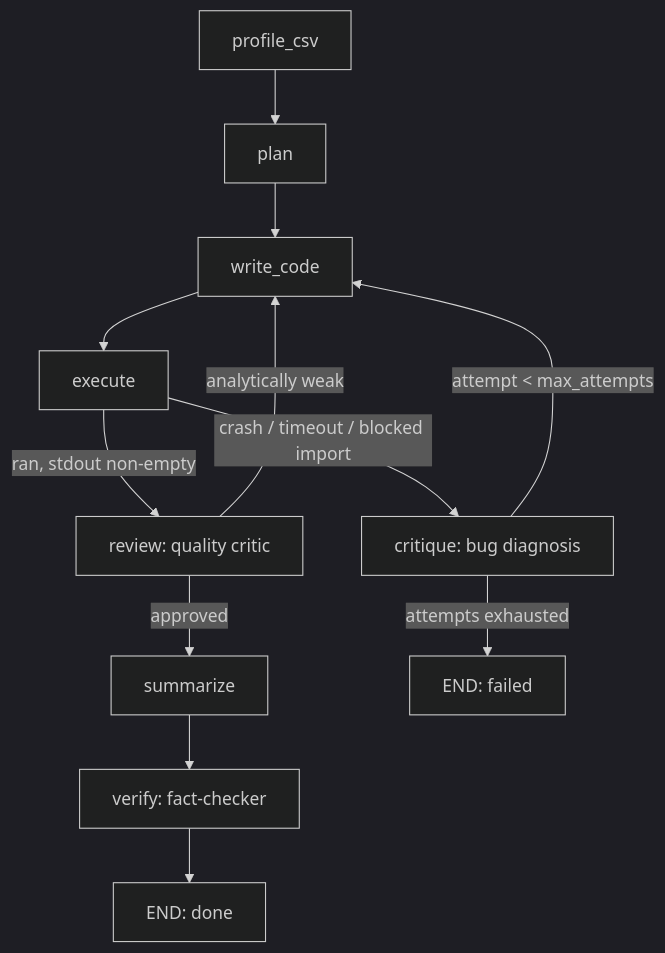
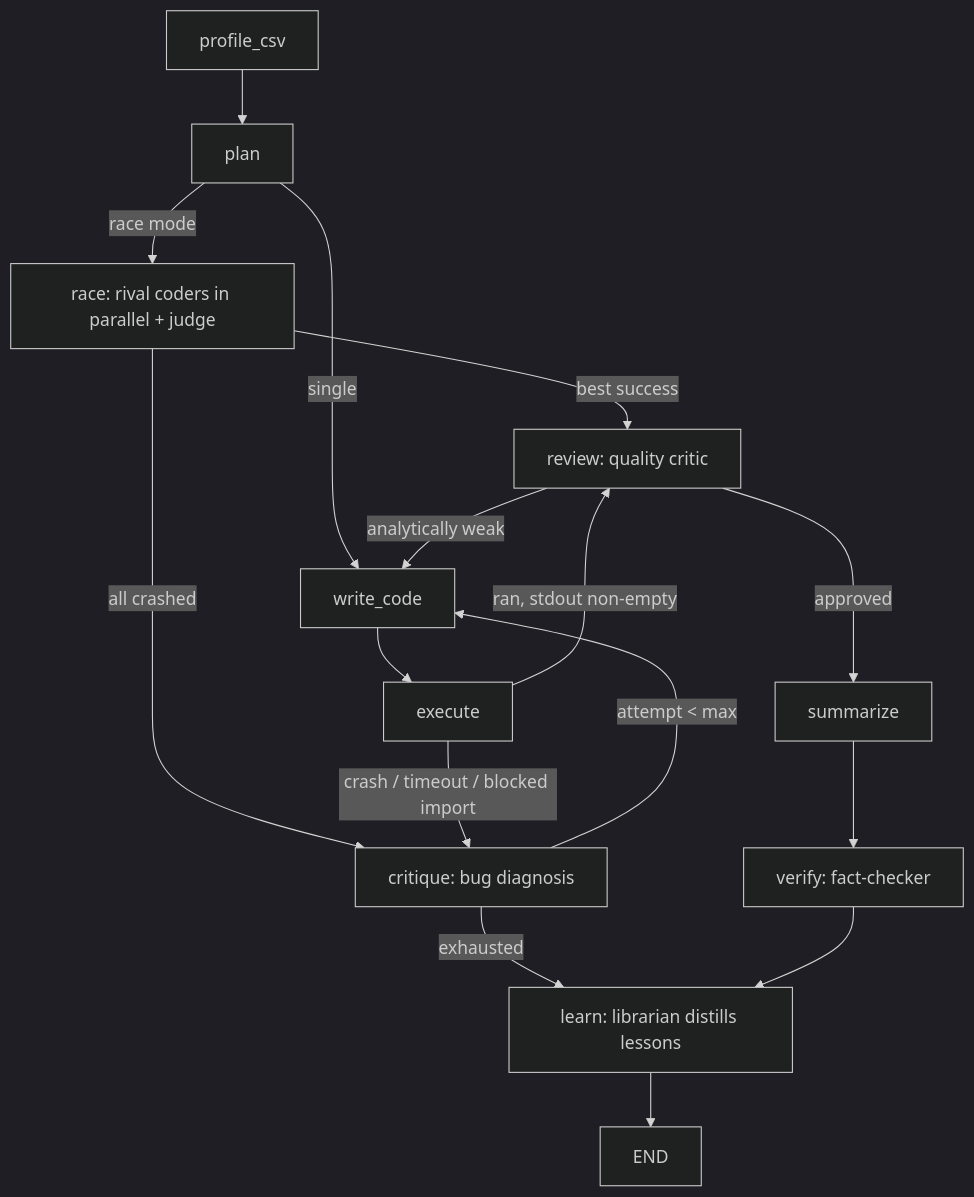
Before and after one commit to ibbi-12/datamedic: the diagram in README.md, drawn with Mermaid (dark theme). The commit also changed other lines of this file and 13 other files, not shown here.

````diff
--- a/README.md
+++ b/README.md
@@ -13,14 +13,18 @@
 ```mermaid
 graph TD
     A[profile_csv] --> B[plan]
-    B --> C[write_code]
+    B -->|race mode| RC[race: rival coders in parallel + judge]
+    B -->|single| C[write_code]
     C --> D[execute]
-    D -->|ran, stdout non-empty| R[review: quality critic]
+    RC -->|best success| R[review: quality critic]
+    RC -->|all crashed| F
+    D -->|ran, stdout non-empty| R
     D -->|crash / timeout / blocked import| F[critique: bug diagnosis]
     R -->|analytically weak| C
     R -->|approved| E[summarize]
-    F -->|attempt < max_attempts| C
-    F -->|attempts exhausted| G[END: failed]
+    F -->|attempt < max| C
+    F -->|exhausted| L
     E --> V[verify: fact-checker]
-    V --> H[END: done]
+    V --> L[learn: librarian distills lessons]
+    L --> H[END]
 ```
````
